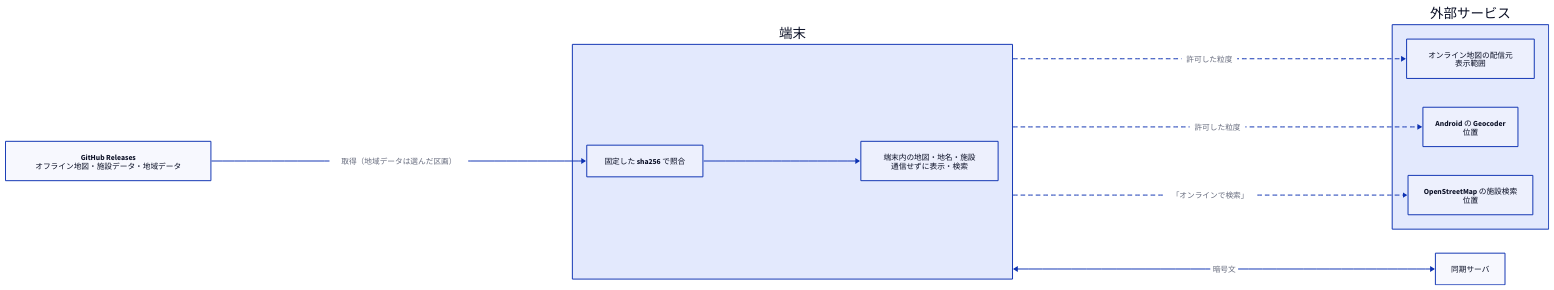
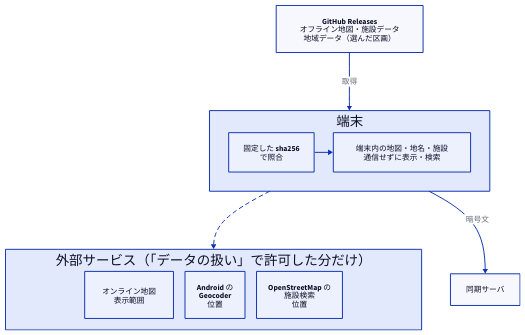
Before and after one commit to sksat/ashidori: the diagram in docs/diagrams/readme-network.d2, drawn with D2. The commit also changed 4 other files, not shown here.

First line of the commit message:
README: narrower diagrams, the license section reduced to the license

```diff
--- a/docs/diagrams/readme-network.d2
+++ b/docs/diagrams/readme-network.d2
@@ -1,30 +1,31 @@
 # 端末の外とのやり取り（README）
 # 破線は「データの扱い」で送信先ごとに許可したときだけの経路を表す。
-direction: right
+direction: down
 
 classes: {
   gated: {style.stroke-dash: 4}
 }
 
-releases: "GitHub Releases\nオフライン地図・施設データ・地域データ"
+releases: "GitHub Releases\nオフライン地図・施設データ\n地域データ（選んだ区画）"
 
 phone: 端末 {
-  direction: down
-  pin: "固定した sha256 で照合"
+  grid-columns: 2
+  grid-gap: 40
+  pin: "固定した sha256\nで照合"
   local: "端末内の地図・地名・施設\n通信せずに表示・検索"
   pin -> local
 }
 
-ext: 外部サービス {
-  tiles: "オンライン地図の配信元\n表示範囲"
-  geocoder: "Android の Geocoder\n位置"
-  overpass: "OpenStreetMap の施設検索\n位置"
+ext: "外部サービス（「データの扱い」で許可した分だけ）" {
+  grid-columns: 3
+  grid-gap: 24
+  tiles: "オンライン地図\n表示範囲"
+  geocoder: "Android の\nGeocoder\n位置"
+  overpass: "OpenStreetMap の\n施設検索\n位置"
 }
 
 sync: "同期サーバ"
 
-releases -> phone.pin: "取得（地域データは選んだ区画）"
-phone -> ext.tiles: 許可した粒度 {class: gated}
-phone -> ext.geocoder: 許可した粒度 {class: gated}
-phone -> ext.overpass: 「オンラインで検索」 {class: gated}
-phone <-> sync: 暗号文
+releases -> phone: 取得
+phone -> ext {class: gated}
+phone -> sync: 暗号文
```
